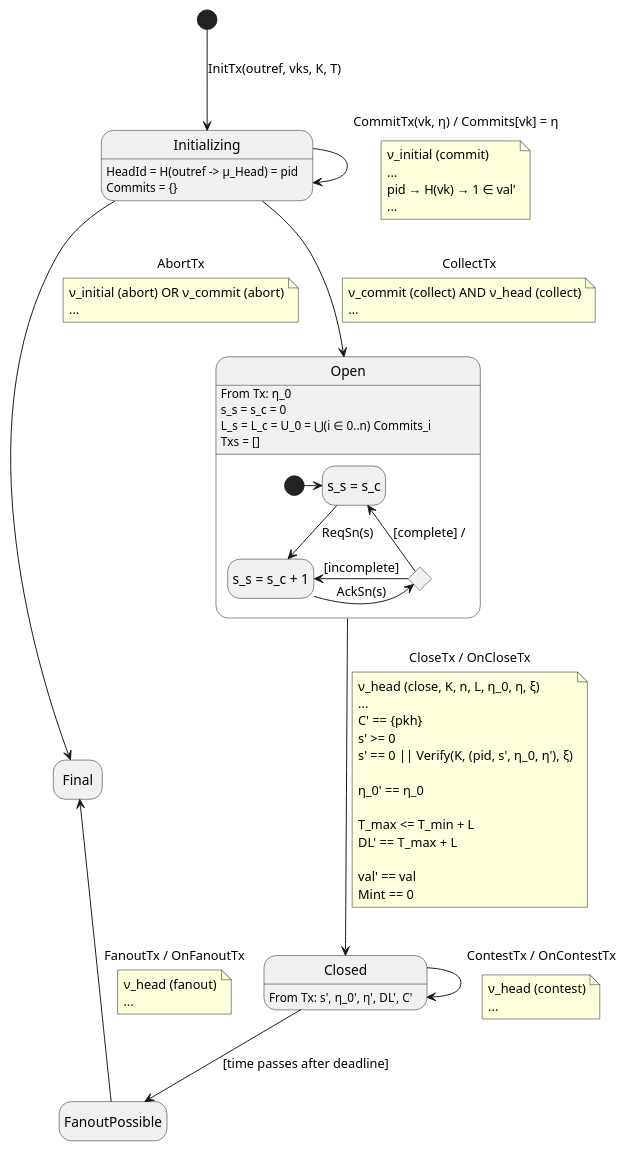
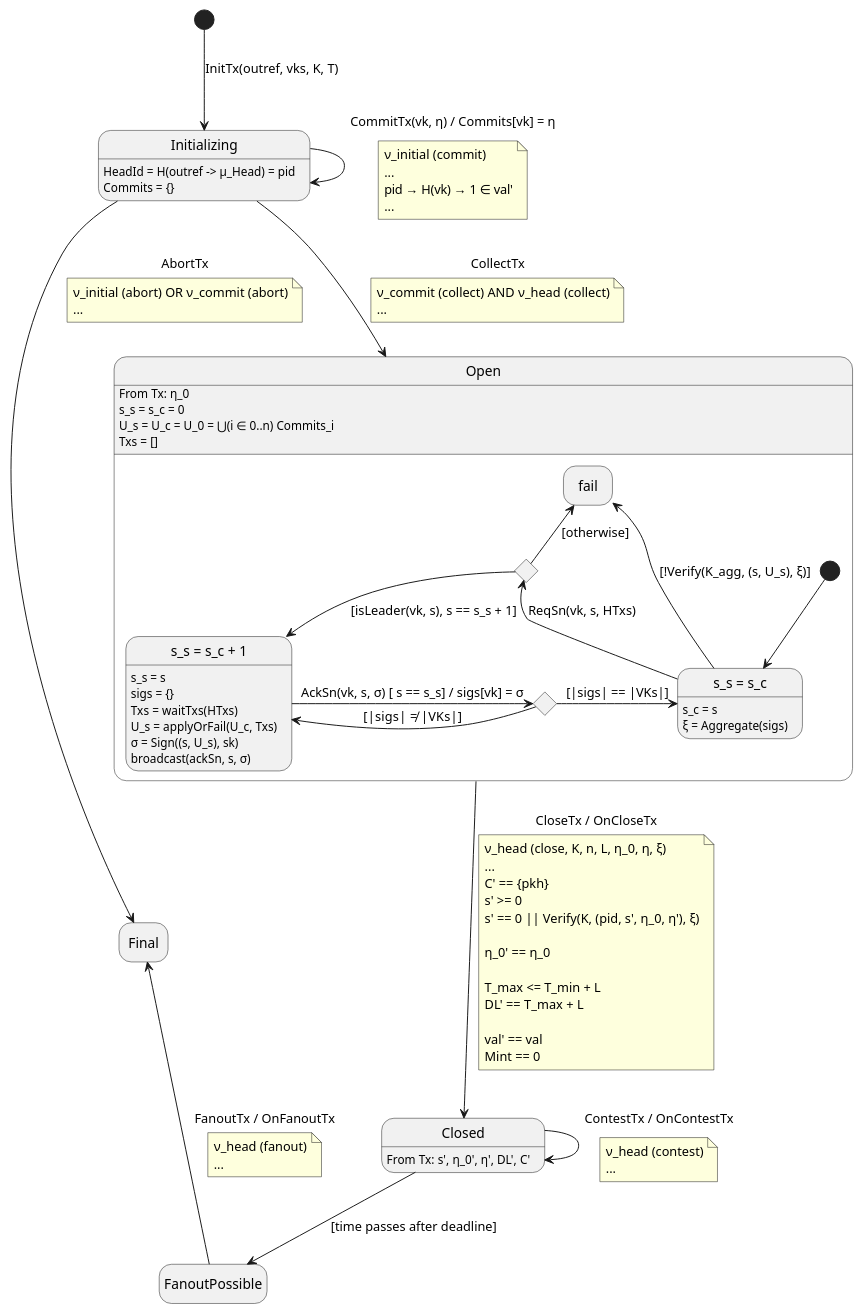
The diagram in spec/hydra-headv1.org (pureteh/hydra), drawn with PlantUML before and after one commit. The commit also changed other lines of this file, not shown here.

Commit message:
Tried adding L2 protocol to Open state
This is not so convincing. Maybe the event-based pseudo-code from the paper is better.

```diff
--- a/spec/hydra-headv1.org
+++ b/spec/hydra-headv1.org
@@ -49,15 +49,35 @@
   state "s_s = s_c" as noseen
   state "s_s = s_c + 1" as seen
   state ackc <<choice>>
-  [*] -> noseen
-  noseen --> seen : ReqSn(s)
-  seen -> ackc : AckSn(s)
-  ackc -> noseen : [complete] /
-  ackc -> seen : [incomplete]
+  state reqc <<choice>>
+  [*] --> noseen
+
+  noseen : s_c = s
+  noseen : ξ = Aggregate(sigs)
+  'TODO: transition out right away or choice?
+  noseen -> fail : [!Verify(K_agg, (s, U_s), ξ)]
+  noseen --> reqc : ReqSn(vk, s, HTxs)
+  reqc --> seen : [isLeader(vk, s), s == s_s + 1]
+  reqc -up-> fail : [otherwise]
+
+  seen : s_s = s
+  seen : sigs = {}
+  seen : Txs = waitTxs(HTxs)
+  seen : U_s = applyOrFail(U_c, Txs)
+  'TODO: side-effect in state entry
+  seen : σ = Sign((s, U_s), sk)
+  seen : broadcast(ackSn, s, σ)
+
+  seen -> ackc : AckSn(vk, s, σ) [ s == s_s] / sigs[vk] = σ
+  ackc -> noseen : [|sigs| == |VKs|]
+  ackc -> seen : [|sigs| ≠ |VKs|]
+
+  'TODO: issue snapshot?
+  'TODO: wait or fail on s == s_s + 1
 }
 Open : From Tx: η_0
 Open : s_s = s_c = 0
-Open : L_s = L_c = U_0 = ⋃(i ∈ 0..n) Commits_i
+Open : U_s = U_c = U_0 = ⋃(i ∈ 0..n) Commits_i
 Open : Txs = []
 
 Closed : From Tx: s', η_0', η', DL', C'
```
